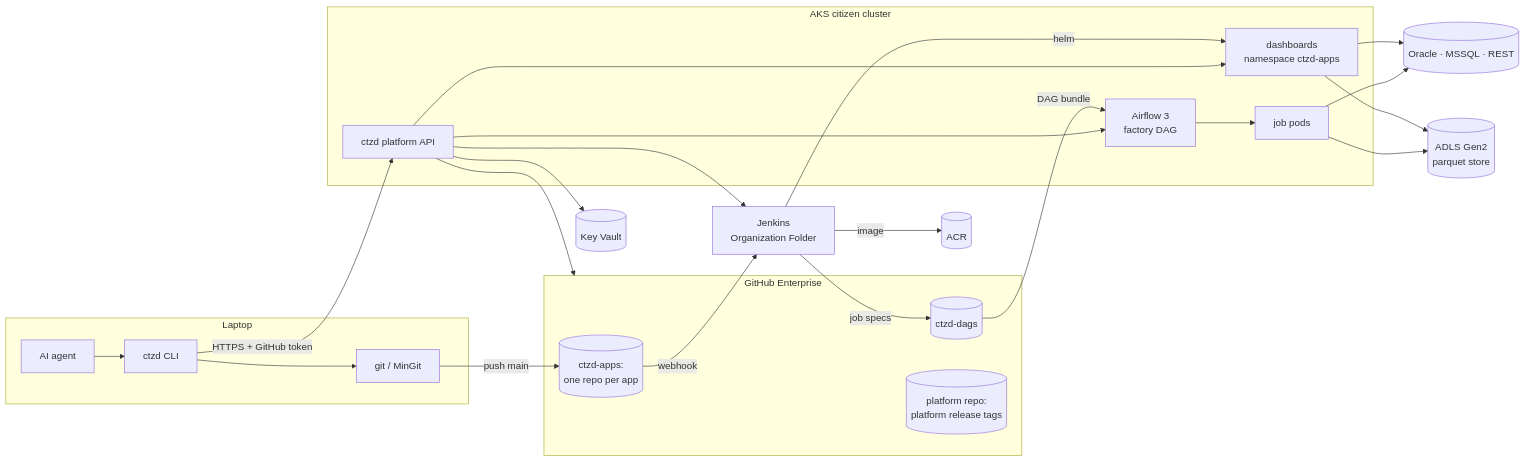
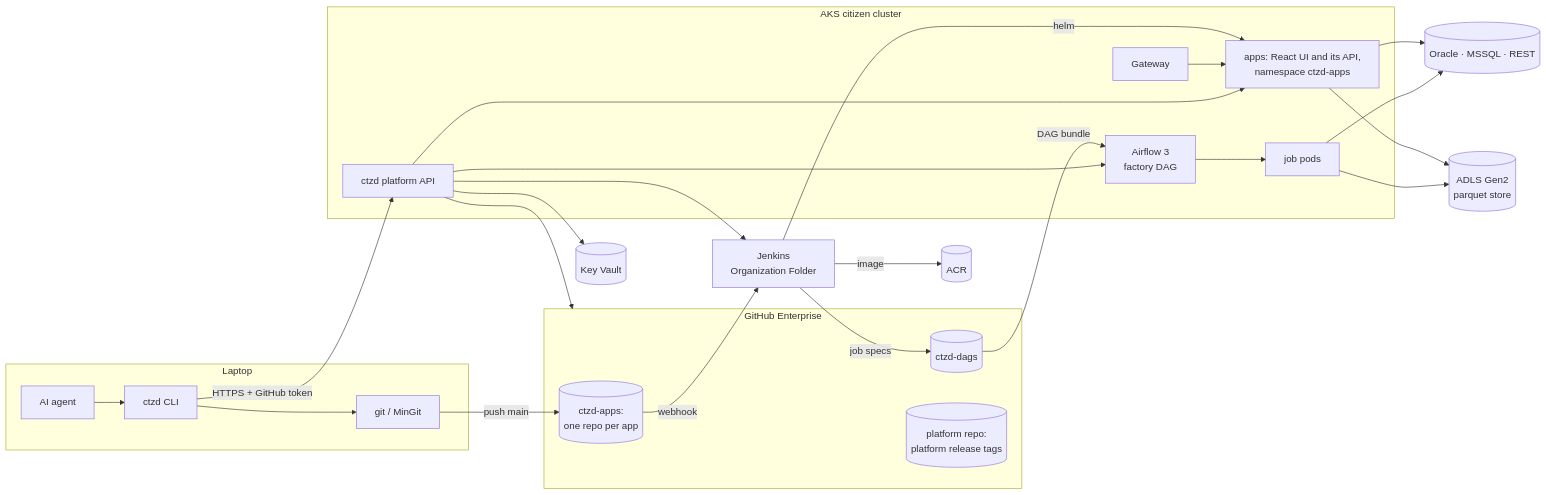
One commit to jacobragsdale/ctzd changed the first of 2 diagrams in docs/plan.md. Above: the diagram before and after it, drawn with Mermaid. The commit also changed other lines of this file and 1 other file, not shown here.

First line of the commit message:
Plan: one React UI on basis, float64 numbers, no screenshots, Gateway API

````diff
--- a/docs/plan.md
+++ b/docs/plan.md
@@ -41,28 +52,30 @@
 ```mermaid
 flowchart LR
   subgraph laptop[Laptop]
     agent[AI agent] --> cli[ctzd CLI]
     cli --> git[git / MinGit]
   end
   subgraph ghe[GitHub Enterprise]
     repo[(ctzd-apps:<br/>one repo per app)]
     dags[(ctzd-dags)]
     releases[(platform repo:<br/>platform release tags)]
   end
   subgraph aks[AKS citizen cluster]
     api[ctzd platform API]
-    apps[dashboards<br/>namespace ctzd-apps]
+    gw[Gateway]
+    apps[apps: React UI and its API,<br/>namespace ctzd-apps]
     airflow[Airflow 3<br/>factory DAG]
     pods[job pods]
   end
   git -- push main --> repo
   repo -- webhook --> jenkins[Jenkins<br/>Organization Folder]
   jenkins -- image --> acr[(ACR)]
   jenkins -- helm --> apps
   jenkins -- job specs --> dags
   dags -- DAG bundle --> airflow --> pods
+  gw --> apps
   cli -- HTTPS + GitHub token --> api
   api --> ghe & jenkins & airflow & apps & kv[(Key Vault)]
   apps & pods --> sources[(Oracle · MSSQL · REST)]
   apps & pods --> store[(ADLS Gen2<br/>parquet store)]
 ```
````
